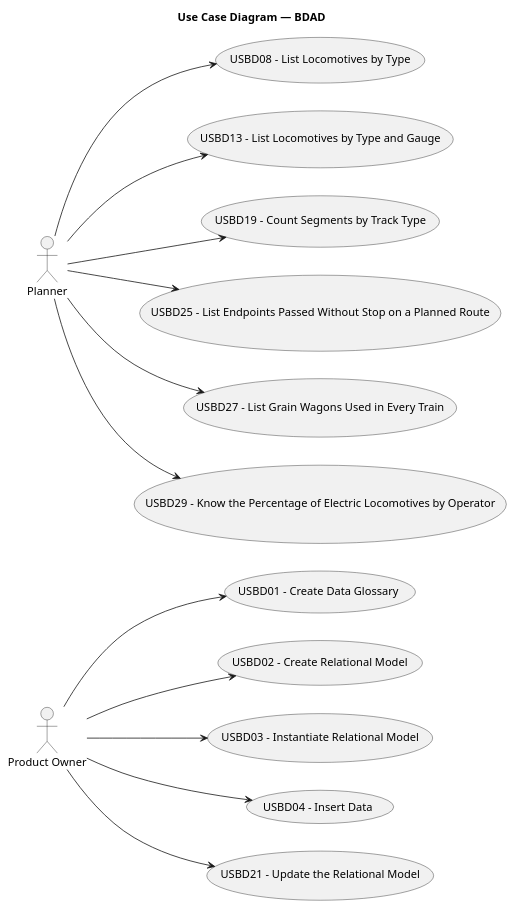
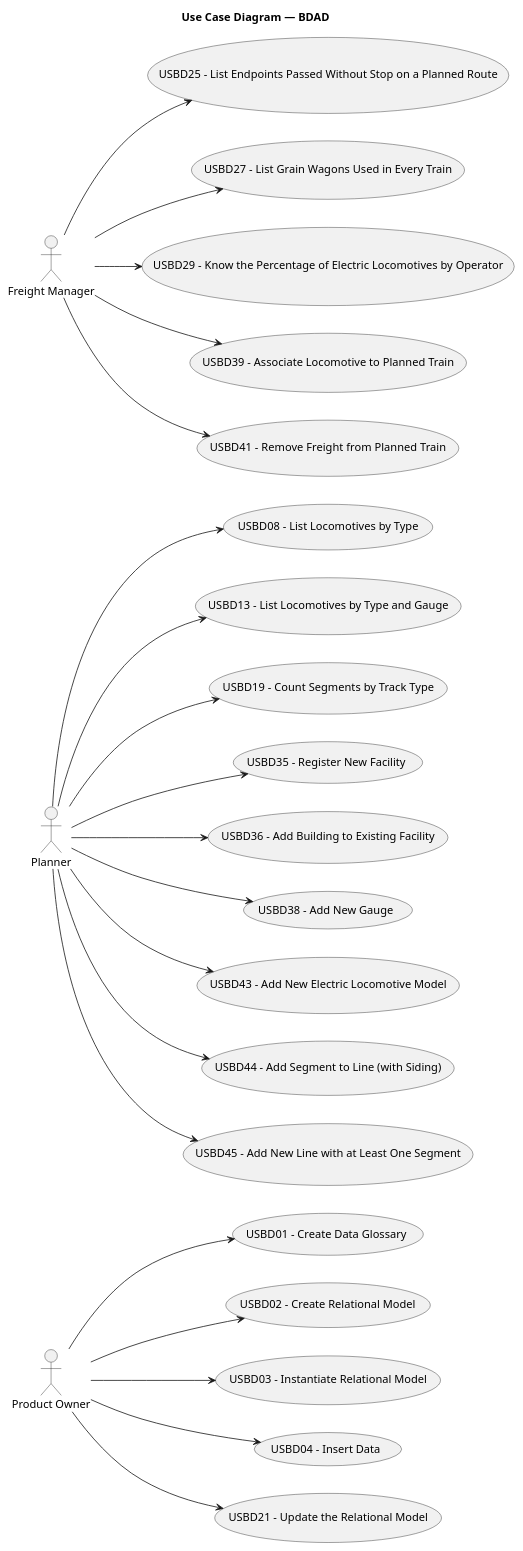
One commit to bruno-monteiro5/sem3-pi-25.26-g164-repository changed the diagram in docs/system-documentation/global-artifacts/requirements-engineering/puml/UCDBDDAD.puml. Above: the diagram before and after it, drawn with PlantUML. The commit also changed 1 other file, not shown here.

Commit message:
Srint3(docs) Now UCD BDDAD done with the chosen BDDAD us for the sprint 3  [#87]

```diff
--- a/docs/system-documentation/global-artifacts/requirements-engineering/puml/UCDBDDAD.puml
+++ b/docs/system-documentation/global-artifacts/requirements-engineering/puml/UCDBDDAD.puml
@@ -1,37 +1,56 @@
 @startuml
 skinparam packageStyle rectangle
 left to right direction
 
 title Use Case Diagram — BDAD
 
 actor "Product Owner" as PO
 actor "Planner" as PL
+actor "Freight Manager" as FM
 
 usecase "USBD01 - Create Data Glossary" as UC1
 usecase "USBD02 - Create Relational Model" as UC2
 usecase "USBD03 - Instantiate Relational Model" as UC3
 usecase "USBD04 - Insert Data" as UC4
 usecase "USBD08 - List Locomotives by Type" as UC5
 usecase "USBD13 - List Locomotives by Type and Gauge" as UC6
 usecase "USBD19 - Count Segments by Track Type" as UC7
 
 usecase "USBD21 - Update the Relational Model" as UC8
 usecase "USBD25 - List Endpoints Passed Without Stop on a Planned Route" as UC9
 usecase "USBD27 - List Grain Wagons Used in Every Train" as UC10
 usecase "USBD29 - Know the Percentage of Electric Locomotives by Operator" as UC11
 
+' -------- Sprint 3 – Chosen Database User Stories --------
+usecase "USBD35 - Register New Facility" as UC35
+usecase "USBD36 - Add Building to Existing Facility" as UC36
+usecase "USBD38 - Add New Gauge" as UC38
+usecase "USBD39 - Associate Locomotive to Planned Train" as UC39
+usecase "USBD41 - Remove Freight from Planned Train" as UC41
+usecase "USBD43 - Add New Electric Locomotive Model" as UC43
+usecase "USBD44 - Add Segment to Line (with Siding)" as UC44
+usecase "USBD45 - Add New Line with at Least One Segment" as UC45
+
 PO --> UC1
 PO --> UC2
 PO --> UC3
 PO --> UC4
+PO --> UC8
+
 PL --> UC5
 PL --> UC6
 PL --> UC7
+PL --> UC35
+PL --> UC36
+PL --> UC38
+PL --> UC43
+PL --> UC44
+PL --> UC45
 
-PO --> UC8
-PL --> UC9
-PL --> UC10
-PL --> UC11
-
+FM --> UC9
+FM --> UC10
+FM --> UC11
+FM --> UC39
+FM --> UC41
 
 @enduml
```
